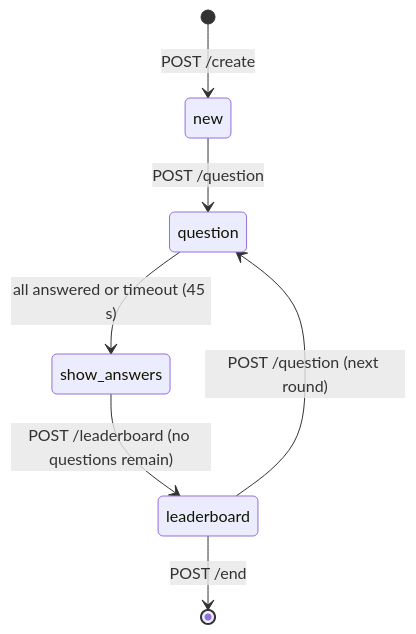
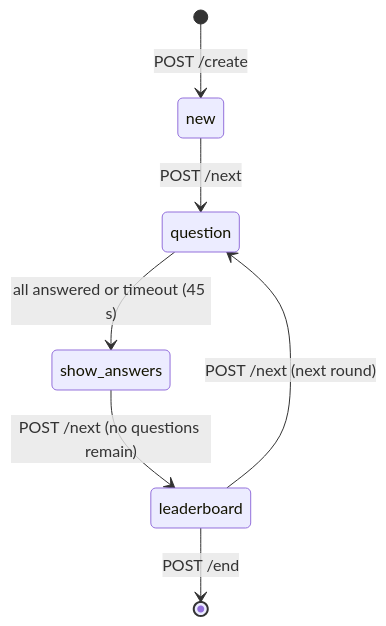
One commit to jindrichmynarz/localquiz changed the fourth of 8 diagrams in data_flow.md. Above: the diagram before and after it, drawn with Mermaid. The commit also changed other lines of this file, not shown here.

Commit message:
Update the data flow documentation

````diff
--- a/data_flow.md
+++ b/data_flow.md
@@ -128,9 +132,9 @@
 ```mermaid
 stateDiagram-v2
     [*] --> new : POST /create
-    new --> question : POST /question
+    new --> question : POST /next
     question --> show_answers : all answered or timeout (45 s)
-    show_answers --> leaderboard : POST /leaderboard (no questions remain)
-    leaderboard --> question : POST /question (next round)
+    show_answers --> leaderboard : POST /next (no questions remain)
+    leaderboard --> question : POST /next (next round)
     leaderboard --> [*] : POST /end
 ```
````
